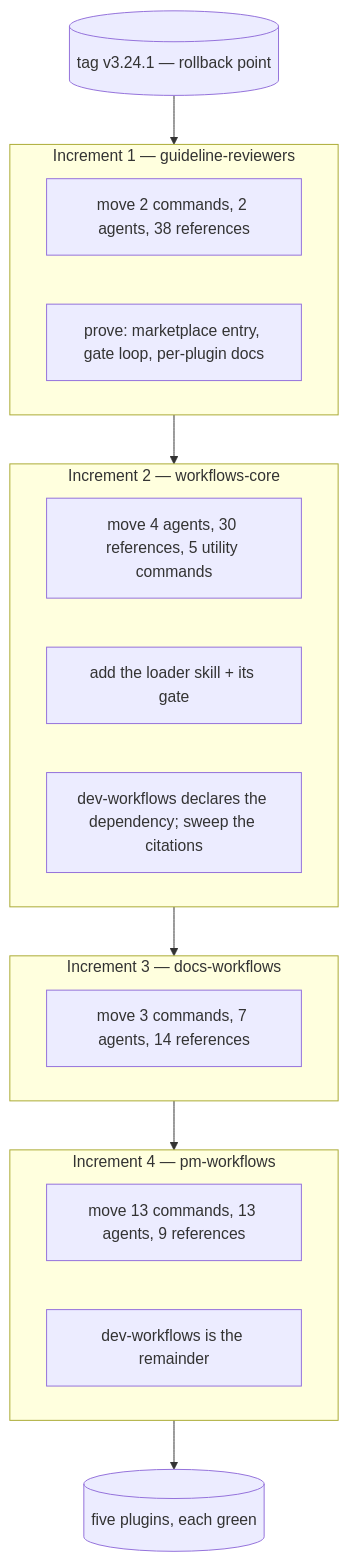
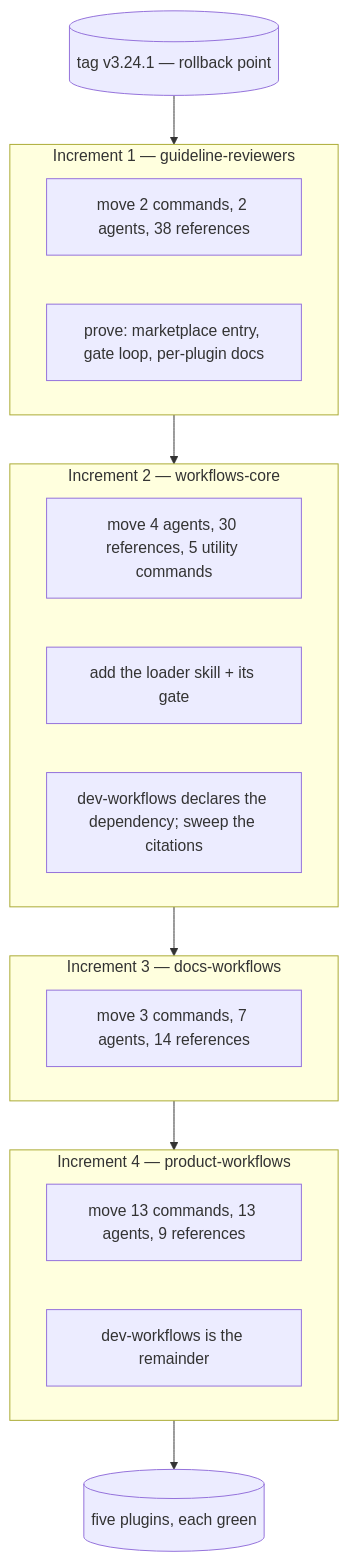
The diagram in docs/superpowers/specs/2026-09-02-marketplace-split-design.md (ihudak/ihudak-claude-plugins), drawn with Mermaid before and after one commit. The commit also changed other lines of this file and 160 other files, not shown here.

First line of the commit message:
refactor: rename pm-workflows to product-workflows

````diff
--- a/docs/superpowers/specs/2026-09-02-marketplace-split-design.md
+++ b/docs/superpowers/specs/2026-09-02-marketplace-split-design.md
@@ -212,23 +212,23 @@
 ```mermaid
 flowchart TD
     tag[("tag v3.24.1 — rollback point")]
     subgraph I1["Increment 1 — guideline-reviewers"]
         g1["move 2 commands, 2 agents, 38 references"]
         g2["prove: marketplace entry, gate loop, per-plugin docs"]
     end
     subgraph I2["Increment 2 — workflows-core"]
         c1["move 4 agents, 30 references, 5 utility commands"]
         c2["add the loader skill + its gate"]
         c3["dev-workflows declares the dependency; sweep the citations"]
     end
     subgraph I3["Increment 3 — docs-workflows"]
         d1["move 3 commands, 7 agents, 14 references"]
     end
-    subgraph I4["Increment 4 — pm-workflows"]
+    subgraph I4["Increment 4 — product-workflows"]
         p1["move 13 commands, 13 agents, 9 references"]
         p2["dev-workflows is the remainder"]
     end
     done[("five plugins, each green")]
 
     tag --> I1 --> I2 --> I3 --> I4 --> done
 ```
````
